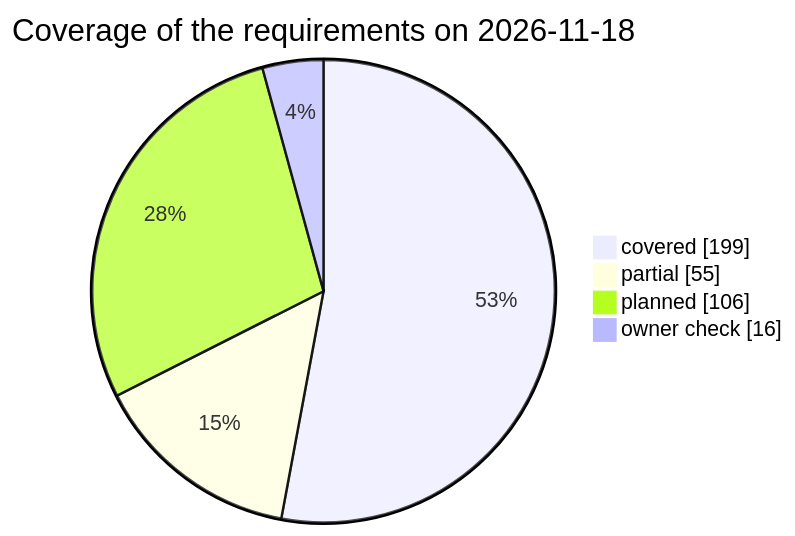
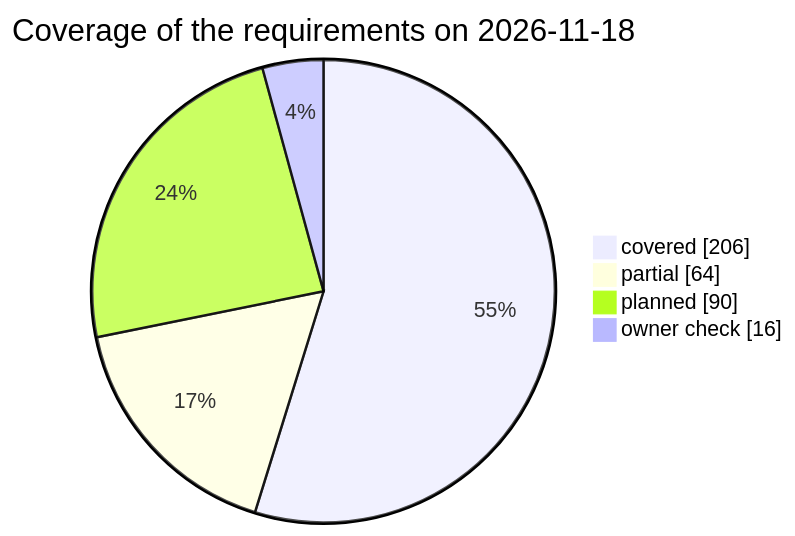
One commit to qa-io-vn/fnb-manager changed the third of 3 diagrams in docs/test-plan.md. Above: the diagram before and after it, drawn with Mermaid. The commit also changed other lines of this file and 23 other files, not shown here.

````diff
--- a/docs/test-plan.md
+++ b/docs/test-plan.md
@@ -895,8 +963,8 @@
 ```mermaid
 pie showData
     title Coverage of the requirements on 2026-11-18
-    "covered" : 199
-    "partial" : 55
-    "planned" : 106
+    "covered" : 206
+    "partial" : 64
+    "planned" : 90
     "owner check" : 16
 ```
````
